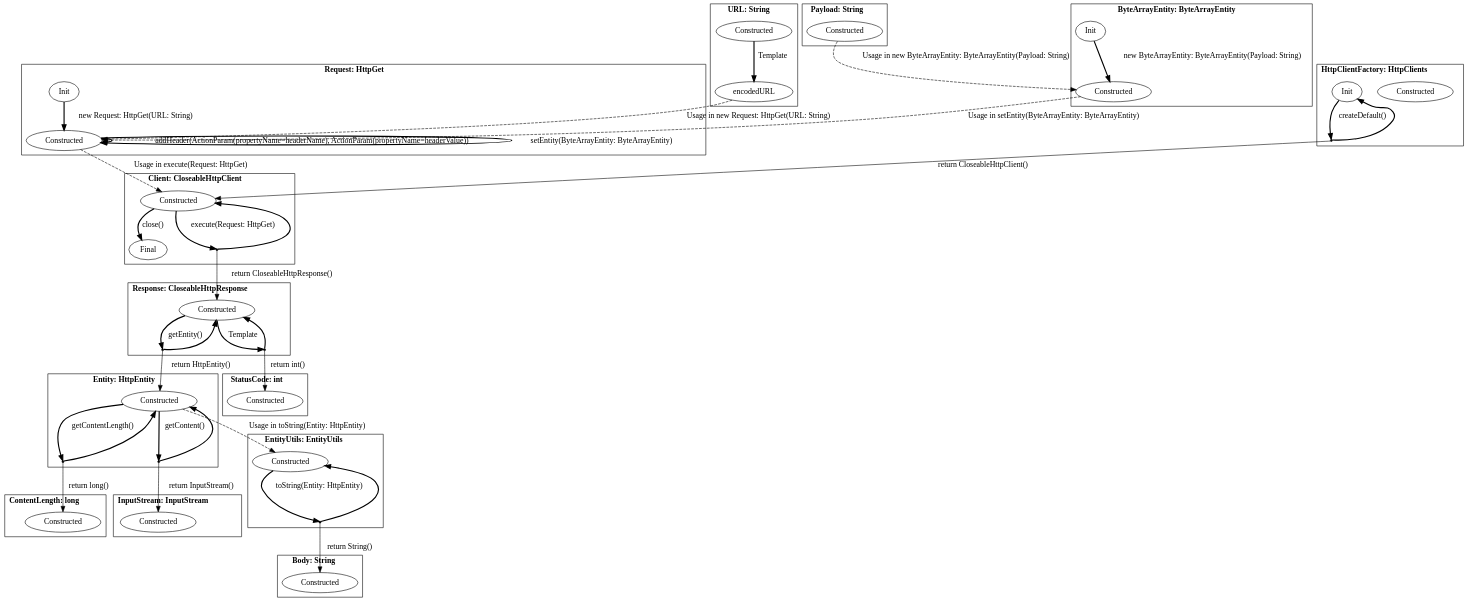
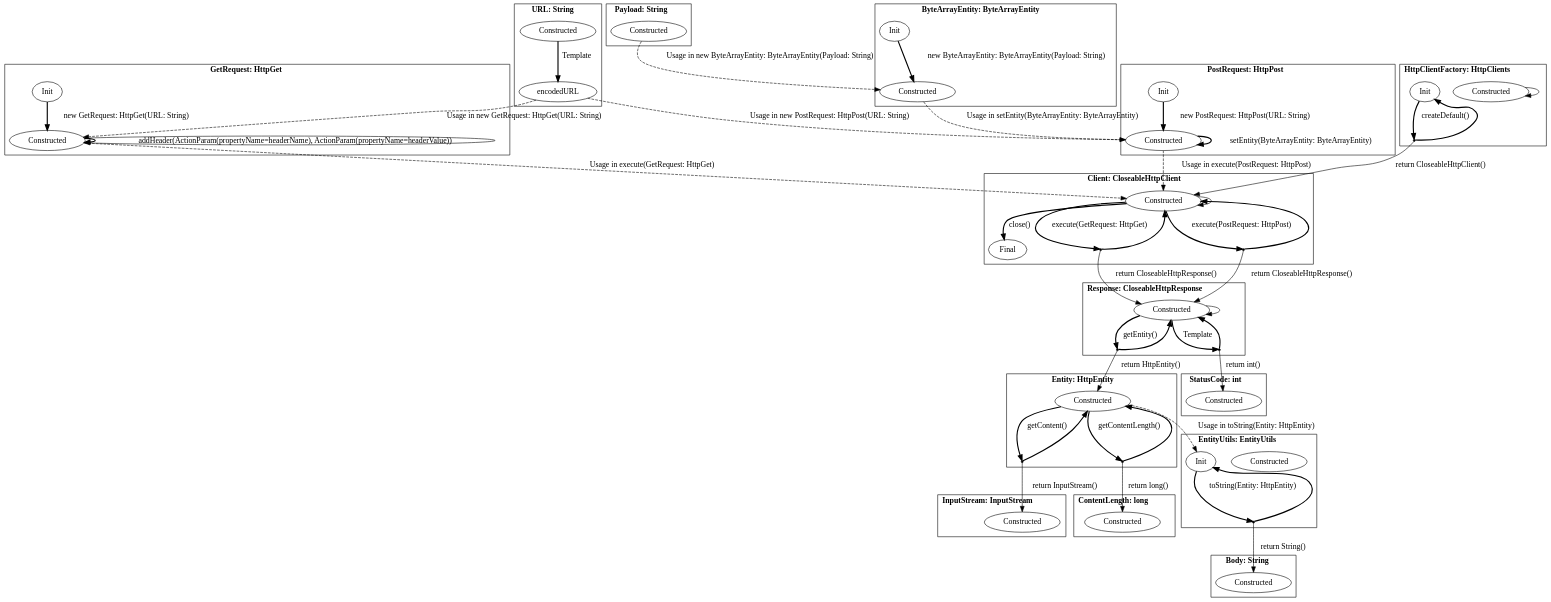
Before and after one commit to h31/LibraryMigration: the diagram in pictures/apache.dot, drawn with Graphviz. The commit also changed 13 other files, not shown here.

```diff
--- a/pictures/apache.dot
+++ b/pictures/apache.dot
@@ -1,99 +1,116 @@
 digraph G {
     bgcolor="transparent";
     subgraph cluster0 {
     label = <<B>URL: String</B>>;
         Constructed_URL [ label="Constructed" ];
         encodedURL_URL [ label="encodedURL" ];
     }
     subgraph cluster1 {
-    label = <<B>Request: HttpGet</B>>;
-        Constructed_Request [ label="Constructed" ];
-        Init_Request [ label="Init" ];
+    label = <<B>GetRequest: HttpGet</B>>;
+        Constructed_GetRequest [ label="Constructed" ];
+        Init_GetRequest [ label="Init" ];
     }
     subgraph cluster2 {
     label = <<B>Client: CloseableHttpClient</B>>;
         Constructed_Client [ label="Constructed" ];
         Final_Client [ label="Final" ];
         virtual0 [ shape = point ];
+        virtual1 [ shape = point ];
     }
     subgraph cluster3 {
     label = <<B>Response: CloseableHttpResponse</B>>;
         Constructed_Response [ label="Constructed" ];
-        virtual1 [ shape = point ];
         virtual2 [ shape = point ];
+        virtual3 [ shape = point ];
     }
     subgraph cluster4 {
     label = <<B>Body: String</B>>;
         Constructed_Body [ label="Constructed" ];
     }
     subgraph cluster5 {
     label = <<B>HttpClientFactory: HttpClients</B>>;
         Constructed_HttpClientFactory [ label="Constructed" ];
         Init_HttpClientFactory [ label="Init" ];
-        virtual3 [ shape = point ];
+        virtual4 [ shape = point ];
     }
     subgraph cluster6 {
     label = <<B>InputStream: InputStream</B>>;
         Constructed_InputStream [ label="Constructed" ];
     }
     subgraph cluster7 {
     label = <<B>ContentLength: long</B>>;
         Constructed_ContentLength [ label="Constructed" ];
     }
     subgraph cluster8 {
     label = <<B>Entity: HttpEntity</B>>;
         Constructed_Entity [ label="Constructed" ];
-        virtual4 [ shape = point ];
         virtual5 [ shape = point ];
+        virtual6 [ shape = point ];
     }
     subgraph cluster9 {
     label = <<B>EntityUtils: EntityUtils</B>>;
         Constructed_EntityUtils [ label="Constructed" ];
-        virtual6 [ shape = point ];
+        Init_EntityUtils [ label="Init" ];
+        virtual7 [ shape = point ];
     }
     subgraph cluster10 {
     label = <<B>StatusCode: int</B>>;
         Constructed_StatusCode [ label="Constructed" ];
     }
     subgraph cluster11 {
     label = <<B>ByteArrayEntity: ByteArrayEntity</B>>;
         Constructed_ByteArrayEntity [ label="Constructed" ];
         Init_ByteArrayEntity [ label="Init" ];
     }
     subgraph cluster12 {
     label = <<B>Payload: String</B>>;
         Constructed_Payload [ label="Constructed" ];
     }
+    subgraph cluster13 {
+    label = <<B>PostRequest: HttpPost</B>>;
+        Constructed_PostRequest [ label="Constructed" ];
+        Init_PostRequest [ label="Init" ];
+    }
         Constructed_URL -> encodedURL_URL [ label="Template", style = "bold"  ];
-        encodedURL_URL -> Constructed_Request [ label="Usage in new Request: HttpGet(URL: String)", style = "dashed"  ];
-        Init_Request -> Constructed_Request [ label="new Request: HttpGet(URL: String)", style = "bold"  ];
-        Constructed_Request -> Constructed_Request [ label="addHeader(ActionParam(propertyName&#x3D;headerName), ActionParam(propertyName&#x3D;headerValue))", style = "bold"  ];
-        Constructed_Request -> Constructed_Client [ label="Usage in execute(Request: HttpGet)", style = "dashed"  ];
-        Constructed_Request -> Constructed_Request [ label="setEntity(ByteArrayEntity: ByteArrayEntity)", style = "bold"  ];
-        Constructed_Client -> virtual0 [ style = "bold" label="execute(Request: HttpGet)"  ];
+        encodedURL_URL -> Constructed_GetRequest [ label="Usage in new GetRequest: HttpGet(URL: String)", style = "dashed"  ];
+        encodedURL_URL -> Constructed_PostRequest [ label="Usage in new PostRequest: HttpPost(URL: String)", style = "dashed"  ];
+        Init_GetRequest -> Constructed_GetRequest [ label="new GetRequest: HttpGet(URL: String)", style = "bold"  ];
+        Constructed_GetRequest -> Constructed_GetRequest [ label="addHeader(ActionParam(propertyName&#x3D;headerName), ActionParam(propertyName&#x3D;headerValue))", style = "bold"  ];
+        Constructed_GetRequest -> Constructed_Client [ label="Usage in execute(GetRequest: HttpGet)", style = "dashed"  ];
+        Constructed_GetRequest -> Constructed_GetRequest [ label="", style = "solid"  ];
+        Constructed_Client -> virtual0 [ style = "bold" label="execute(GetRequest: HttpGet)"  ];
         virtual0 -> Constructed_Client [ style = "bold"  ];
         virtual0 -> Constructed_Response [ label="return CloseableHttpResponse()"  ];
+        Constructed_Client -> virtual1 [ style = "bold" label="execute(PostRequest: HttpPost)"  ];
+        virtual1 -> Constructed_Client [ style = "bold"  ];
+        virtual1 -> Constructed_Response [ label="return CloseableHttpResponse()"  ];
         Constructed_Client -> Final_Client [ label="close()", style = "bold"  ];
-        Constructed_Response -> virtual1 [ style = "bold" label="getEntity()"  ];
-        virtual1 -> Constructed_Response [ style = "bold"  ];
-        virtual1 -> Constructed_Entity [ label="return HttpEntity()"  ];
-        Constructed_Response -> virtual2 [ style = "bold" label="Template"  ];
+        Constructed_Client -> Constructed_Client [ label="", style = "solid"  ];
+        Constructed_Response -> virtual2 [ style = "bold" label="getEntity()"  ];
         virtual2 -> Constructed_Response [ style = "bold"  ];
-        virtual2 -> Constructed_StatusCode [ label="return int()"  ];
-        Init_HttpClientFactory -> virtual3 [ style = "bold" label="createDefault()"  ];
-        virtual3 -> Init_HttpClientFactory [ style = "bold"  ];
-        virtual3 -> Constructed_Client [ label="return CloseableHttpClient()"  ];
-        Constructed_Entity -> Constructed_EntityUtils [ label="Usage in toString(Entity: HttpEntity)", style = "dashed"  ];
-        Constructed_Entity -> virtual4 [ style = "bold" label="getContent()"  ];
-        virtual4 -> Constructed_Entity [ style = "bold"  ];
-        virtual4 -> Constructed_InputStream [ label="return InputStream()"  ];
-        Constructed_Entity -> virtual5 [ style = "bold" label="getContentLength()"  ];
+        virtual2 -> Constructed_Entity [ label="return HttpEntity()"  ];
+        Constructed_Response -> virtual3 [ style = "bold" label="Template"  ];
+        virtual3 -> Constructed_Response [ style = "bold"  ];
+        virtual3 -> Constructed_StatusCode [ label="return int()"  ];
+        Constructed_Response -> Constructed_Response [ label="", style = "solid"  ];
+        Init_HttpClientFactory -> virtual4 [ style = "bold" label="createDefault()"  ];
+        virtual4 -> Init_HttpClientFactory [ style = "bold"  ];
+        virtual4 -> Constructed_Client [ label="return CloseableHttpClient()"  ];
+        Constructed_HttpClientFactory -> Constructed_HttpClientFactory [ label="", style = "solid"  ];
+        Constructed_Entity -> Init_EntityUtils [ label="Usage in toString(Entity: HttpEntity)", style = "dashed"  ];
+        Constructed_Entity -> virtual5 [ style = "bold" label="getContent()"  ];
         virtual5 -> Constructed_Entity [ style = "bold"  ];
-        virtual5 -> Constructed_ContentLength [ label="return long()"  ];
-        Constructed_EntityUtils -> virtual6 [ style = "bold" label="toString(Entity: HttpEntity)"  ];
-        virtual6 -> Constructed_EntityUtils [ style = "bold"  ];
-        virtual6 -> Constructed_Body [ label="return String()"  ];
+        virtual5 -> Constructed_InputStream [ label="return InputStream()"  ];
+        Constructed_Entity -> virtual6 [ style = "bold" label="getContentLength()"  ];
+        virtual6 -> Constructed_Entity [ style = "bold"  ];
+        virtual6 -> Constructed_ContentLength [ label="return long()"  ];
+        Init_EntityUtils -> virtual7 [ style = "bold" label="toString(Entity: HttpEntity)"  ];
+        virtual7 -> Init_EntityUtils [ style = "bold"  ];
+        virtual7 -> Constructed_Body [ label="return String()"  ];
         Init_ByteArrayEntity -> Constructed_ByteArrayEntity [ label="new ByteArrayEntity: ByteArrayEntity(Payload: String)", style = "bold"  ];
-        Constructed_ByteArrayEntity -> Constructed_Request [ label="Usage in setEntity(ByteArrayEntity: ByteArrayEntity)", style = "dashed"  ];
+        Constructed_ByteArrayEntity -> Constructed_PostRequest [ label="Usage in setEntity(ByteArrayEntity: ByteArrayEntity)", style = "dashed"  ];
         Constructed_Payload -> Constructed_ByteArrayEntity [ label="Usage in new ByteArrayEntity: ByteArrayEntity(Payload: String)", style = "dashed"  ];
+        Init_PostRequest -> Constructed_PostRequest [ label="new PostRequest: HttpPost(URL: String)", style = "bold"  ];
+        Constructed_PostRequest -> Constructed_Client [ label="Usage in execute(PostRequest: HttpPost)", style = "dashed"  ];
+        Constructed_PostRequest -> Constructed_PostRequest [ label="setEntity(ByteArrayEntity: ByteArrayEntity)", style = "bold"  ];
 }
```
